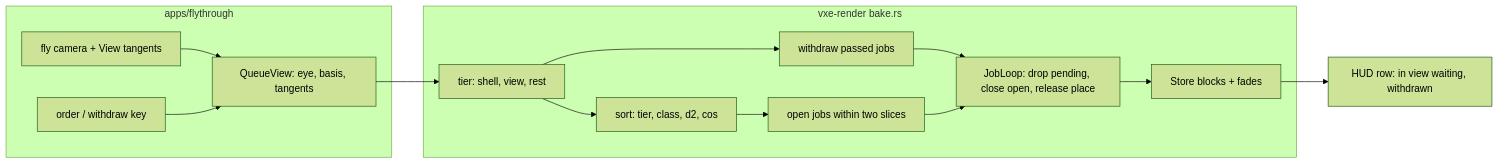
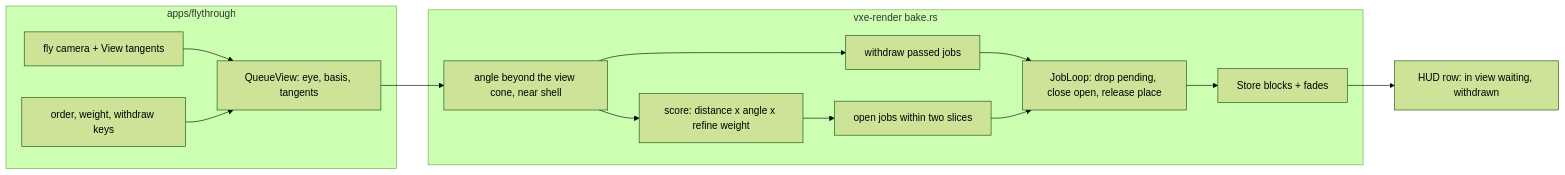
The diagram in docs/plans/0060-the-live-queue-by-the-view-and-withdrawing-passed-work.md (IgorKonovalov/voxel-engine), drawn with Mermaid (forest theme) before and after one commit. The commit also changed other lines of this file and 3 other files, not shown here.

````diff
--- a/docs/plans/0060-the-live-queue-by-the-view-and-withdrawing-passed-work.md
+++ b/docs/plans/0060-the-live-queue-by-the-view-and-withdrawing-passed-work.md
@@ -71,17 +82,17 @@
 ```mermaid
 flowchart LR
     subgraph app[apps/flythrough]
         F[fly camera + View tangents] --> QV[QueueView: eye, basis, tangents]
-        K[order / withdraw key] --> QV
+        K[order, weight, withdraw keys] --> QV
     end
     subgraph render[vxe-render bake.rs]
-        QV --> T[tier: shell, view, rest]
-        T --> S[sort: tier, class, d2, cos]
+        QV --> T[angle beyond the view cone, near shell]
+        T --> S[score: distance x angle x refine weight]
         S --> O[open jobs within two slices]
         T --> W[withdraw passed jobs]
         W --> L[JobLoop: drop pending, close open, release place]
         O --> L
         L --> St[Store blocks + fades]
     end
     St --> HUD[HUD row: in view waiting, withdrawn]
 ```
````
